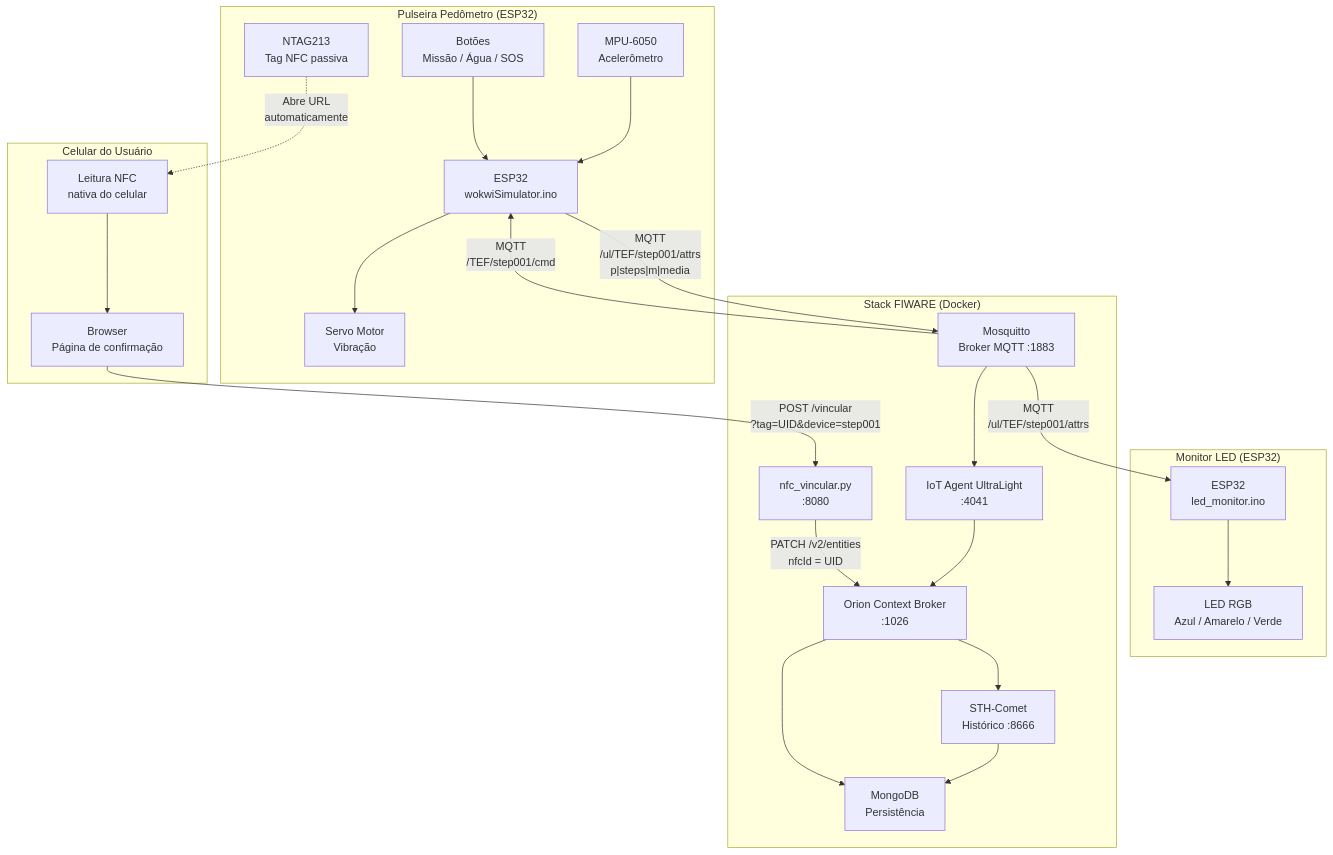
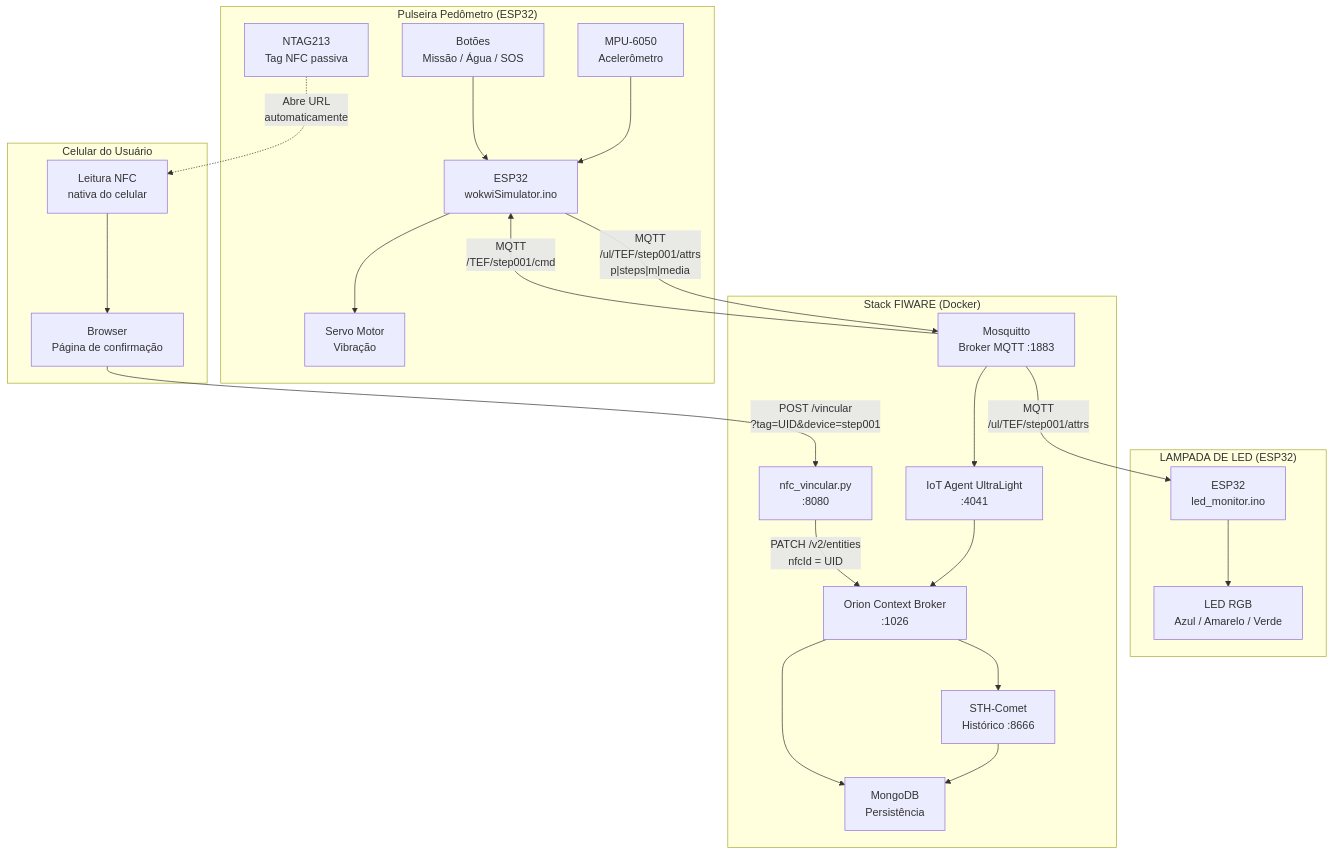
The diagram in README.md (CarePlusCDF/Care-Plus-Edge), drawn with Mermaid before and after one commit. The commit also changed other lines of this file and 2 other files, not shown here.

````diff
--- a/README.md
+++ b/README.md
@@ -9,48 +9,48 @@
 ```mermaid
 flowchart TD
     subgraph PULSEIRA["Pulseira Pedômetro (ESP32)"]
         MPU["MPU-6050\nAcelerômetro"]
         SERVO["Servo Motor\nVibração"]
         BTNS["Botões\nMissão / Água / SOS"]
         TAG["NTAG213\nTag NFC passiva"]
         ESP1["ESP32\nwokwiSimulator.ino"]
         MPU --> ESP1
         BTNS --> ESP1
         ESP1 --> SERVO
     end
 
-    subgraph MONITOR["Monitor LED (ESP32)"]
+    subgraph MONITOR["LAMPADA DE LED (ESP32)"]
         ESP2["ESP32\nled_monitor.ino"]
         LED["LED RGB\nAzul / Amarelo / Verde"]
         ESP2 --> LED
     end
 
     subgraph CELULAR["Celular do Usuário"]
         NFC["Leitura NFC\nnativa do celular"]
         BROWSER["Browser\nPágina de confirmação"]
         NFC --> BROWSER
     end
 
     subgraph FIWARE["Stack FIWARE (Docker)"]
         MOSQUITTO["Mosquitto\nBroker MQTT :1883"]
         IOTA["IoT Agent UltraLight\n:4041"]
         ORION["Orion Context Broker\n:1026"]
         STH["STH-Comet\nHistórico :8666"]
         MONGO["MongoDB\nPersistência"]
         NFC_SRV["nfc_vincular.py\n:8080"]
 
         MOSQUITTO --> IOTA
         IOTA --> ORION
         ORION --> STH
         STH --> MONGO
         ORION --> MONGO
     end
 
     ESP1 -- "MQTT\n/ul/TEF/step001/attrs\np|steps|m|media" --> MOSQUITTO
     MOSQUITTO -- "MQTT\n/TEF/step001/cmd" --> ESP1
     MOSQUITTO -- "MQTT\n/ul/TEF/step001/attrs" --> ESP2
 
     TAG -. "Abre URL\nautomaticamente" .-> NFC
     BROWSER -- "POST /vincular\n?tag=UID&device=step001" --> NFC_SRV
     NFC_SRV -- "PATCH /v2/entities\nnfcId = UID" --> ORION
 ```
````
